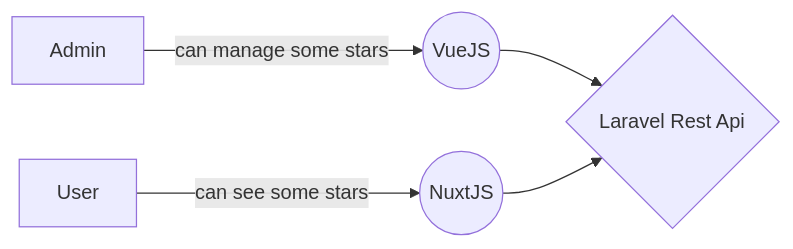
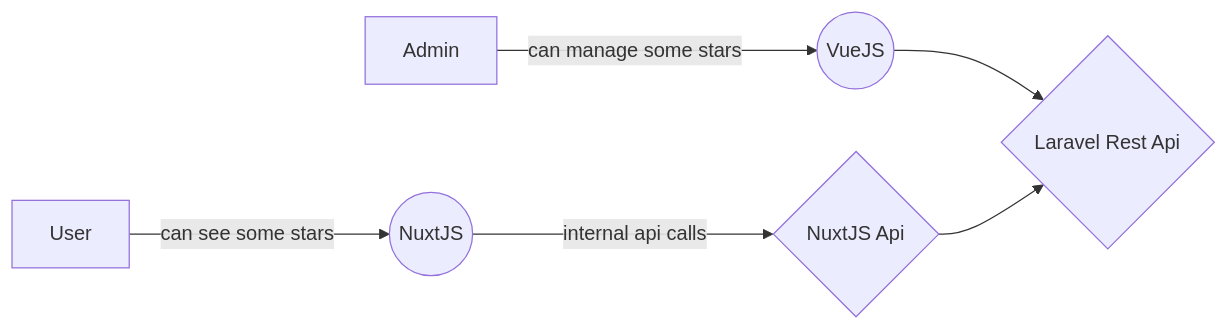
The diagram in README.md (DanyLm/stellario), drawn with Mermaid before and after one commit. The commit also changed other lines of this file, not shown here.

Commit message:
readme: Internal api calls added for nuxt

````diff
--- a/README.md
+++ b/README.md
@@ -15,7 +16,8 @@
 ```mermaid
 graph LR
 A[User] -- can see some stars --> B((NuxtJS))
+B -- internal api calls --> F{NuxtJS Api}
 C[Admin] -- can manage some stars --> D((VueJS))
 D --> E{Laravel Rest Api}
-B --> E{Laravel Rest Api}
+F --> E{Laravel Rest Api}
 ```
````
